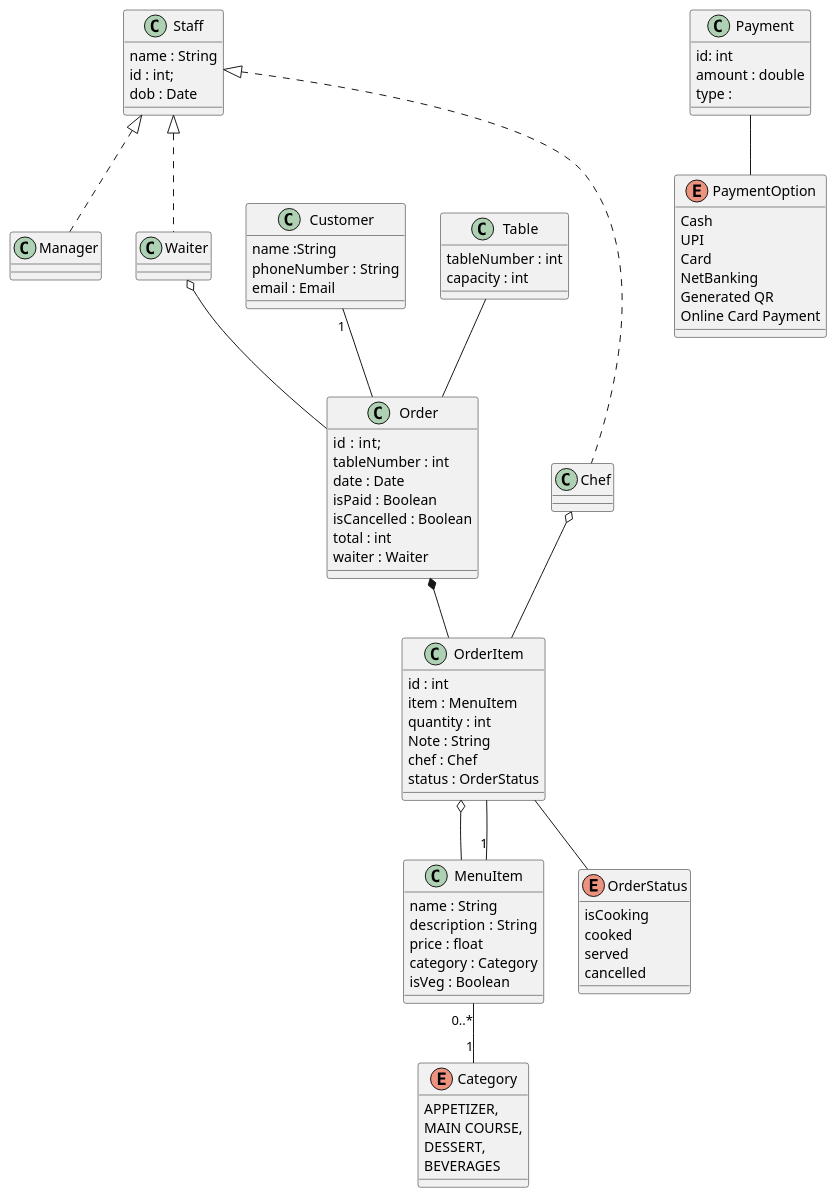
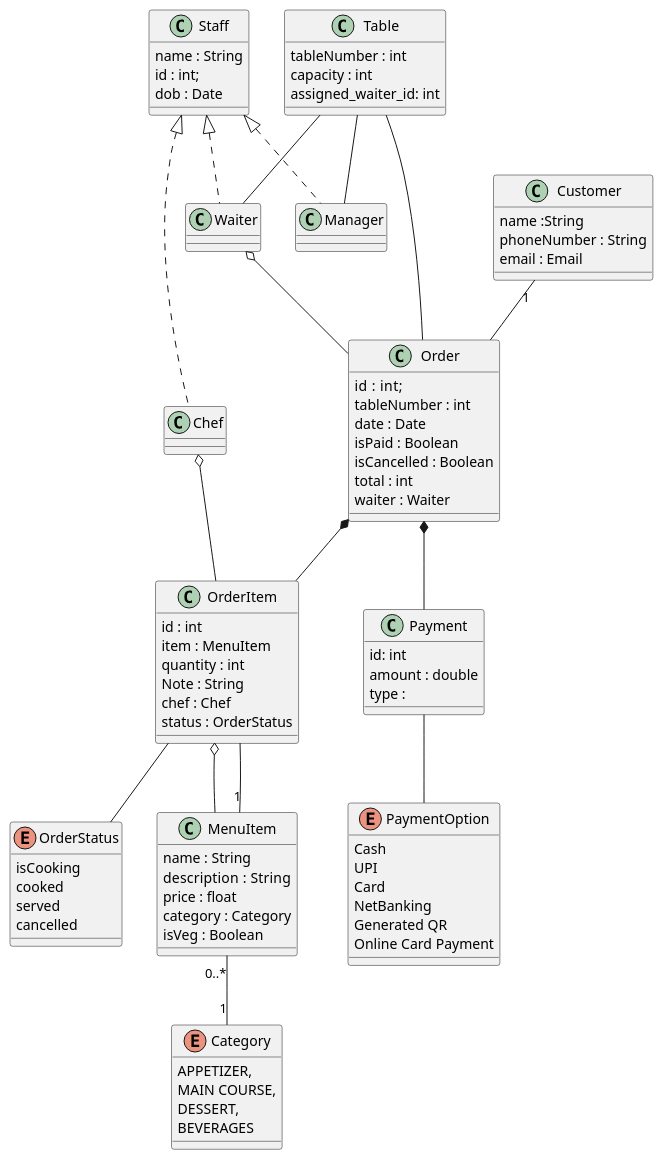
The diagram in UML Diagrams/class_diagram.puml (BITS-Smart/Smart-Restaurant), drawn with PlantUML before and after one commit.

Commit message:
Class diagram refinement as per meeting on 19 December 2020

```diff
--- a/UML Diagrams/class_diagram.puml
+++ b/UML Diagrams/class_diagram.puml
@@ -1,98 +1,103 @@
 @startuml
 class Staff {
   name : String
   id : int;
   dob : Date
 }
 
 class Manager {
 
 }
 
 class Waiter {
 }
 
 class Chef {
+}
+
+class Table {
+    tableNumber : int
+    capacity : int
+    assigned_waiter_id: int
 }
 
 class Customer {
     name :String
     phoneNumber : String
     email : Email
 }
 
 
 enum Category {
     APPETIZER,
     MAIN COURSE,
     DESSERT,
     BEVERAGES
 }
 class MenuItem{
     name : String
     description :  String
     price : float
     category : Category
     isVeg : Boolean
 }
 
-class Table {
-    tableNumber : int
-    capacity : int
-}
 
 class Order{
     id :  int;
     tableNumber : int
     date : Date
     isPaid : Boolean
     isCancelled : Boolean
     total : int
     waiter : Waiter
 }
 
 enum OrderStatus{
     isCooking
     cooked
     served
     cancelled
 }
 class OrderItem{
     id : int
     item : MenuItem
     quantity : int
     Note : String
     chef : Chef
     status : OrderStatus
 }
 
 class Payment {
     id: int
     amount : double
     type : 
 }
 
 enum PaymentOption{
     Cash
     UPI
     Card
     NetBanking
     Generated QR
     Online Card Payment
 }
 
 Staff <|.. Manager
 Staff <|.. Waiter
 Staff <|.. Chef
 
 MenuItem "0..*" -- "1" Category
 Table -- Order
+Order *-- Payment
 Order *-- OrderItem
 Waiter o-- Order
 Chef o-- OrderItem
+Table -- Manager
+Table -- Waiter
 OrderItem -- OrderStatus
 OrderItem o-- MenuItem
 MenuItem "1" -- OrderItem
 Customer "1"-- Order
 Payment -- PaymentOption
 @enduml
```
